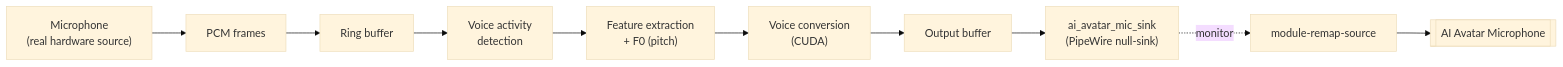
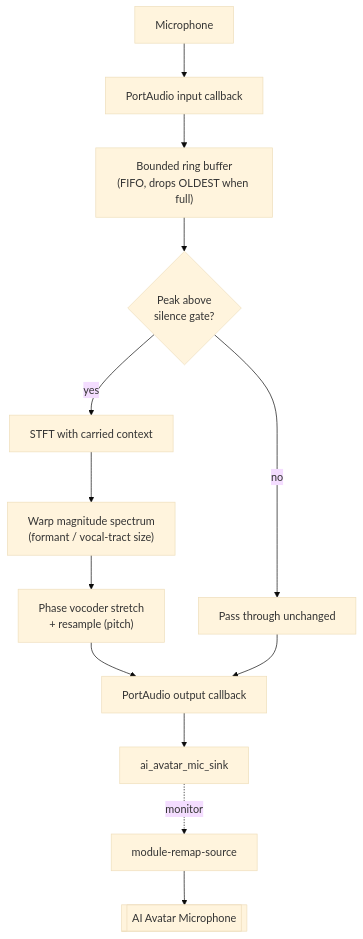
One commit to CotNeo/Real-time-chat-avatar changed the fourth of 6 diagrams in ARCHITECTURE.md. Above: the diagram before and after it, drawn with Mermaid (base theme). The commit also changed other lines of this file and 3 other files, not shown here.

Commit message:
Docs: final README, architecture corrections, and honest closing assessment

````diff
--- a/ARCHITECTURE.md
+++ b/ARCHITECTURE.md
@@ -115,12 +127,15 @@
 ```mermaid
-flowchart LR
-    Mic["Microphone\n(real hardware source)"] --> PCM["PCM frames"]
-    PCM --> Ring["Ring buffer"]
-    Ring --> VAD["Voice activity\ndetection"]
-    VAD --> Feat["Feature extraction\n+ F0 (pitch)"]
-    Feat --> Convert["Voice conversion\n(CUDA)"]
-    Convert --> OutBuf["Output buffer"]
-    OutBuf --> Sink["ai_avatar_mic_sink\n(PipeWire null-sink)"]
+flowchart TD
+    Mic["Microphone"] --> CB["PortAudio input callback"]
+    CB --> Ring["Bounded ring buffer\n(FIFO, drops OLDEST when full)"]
+    Ring --> Gate{"Peak above\nsilence gate?"}
+    Gate -- no --> Pass["Pass through unchanged"]
+    Gate -- yes --> STFT["STFT with carried context"]
+    STFT --> Formant["Warp magnitude spectrum\n(formant / vocal-tract size)"]
+    Formant --> Pitch["Phase vocoder stretch\n+ resample (pitch)"]
+    Pitch --> OutCB["PortAudio output callback"]
+    Pass --> OutCB
+    OutCB --> Sink["ai_avatar_mic_sink"]
     Sink -. monitor .-> Remap["module-remap-source"]
     Remap --> OSMic[["AI Avatar Microphone"]]
 ```
````
